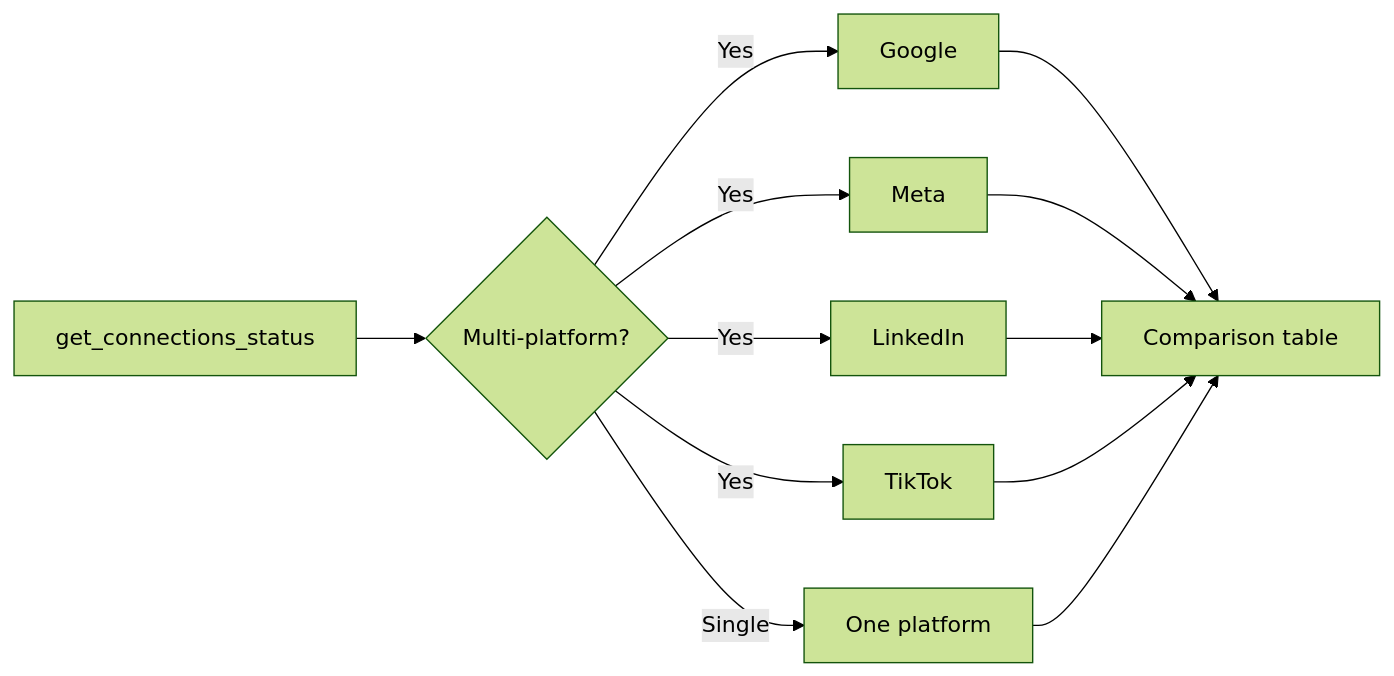
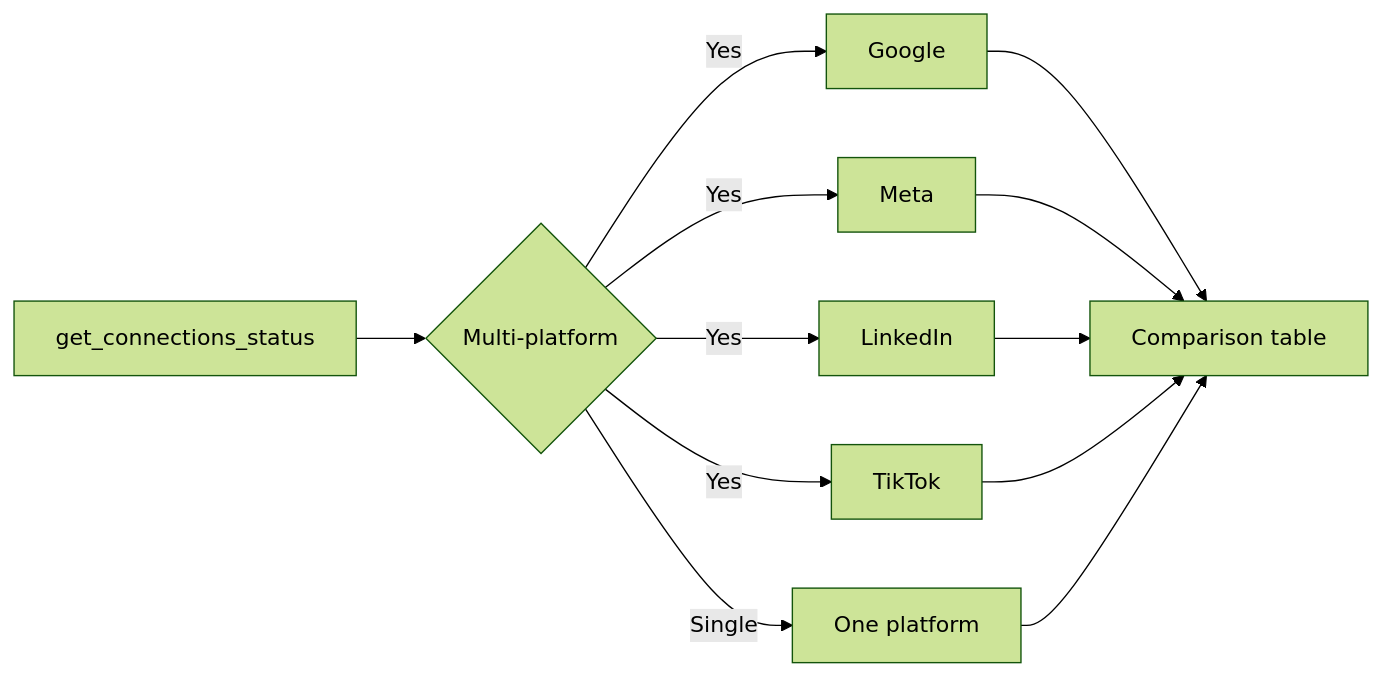
The first of 8 diagrams in agent-skills/workflows.mdx (Adspirer/docs), drawn with Mermaid (forest theme) before and after one commit. The commit also changed other lines of this file and 1 other file, not shown here.

First line of the commit message:
Fix Mermaid rendering: remove quotes, numbered prefixes, and special chars from node labels

````diff
--- a/agent-skills/workflows.mdx
+++ b/agent-skills/workflows.mdx
@@ -24,14 +24,14 @@
 ```mermaid
 flowchart LR
-    A["get_connections_status"] --> B{"Multi-platform?"}
-    B -->|Yes| C["Google"]
-    B -->|Yes| D["Meta"]
-    B -->|Yes| E["LinkedIn"]
-    B -->|Yes| F["TikTok"]
-    B -->|Single| G["One platform"]
-    C --> H["Comparison table"]
+    A[get_connections_status] --> B{Multi-platform}
+    B -->|Yes| C[Google]
+    B -->|Yes| D[Meta]
+    B -->|Yes| E[LinkedIn]
+    B -->|Yes| F[TikTok]
+    B -->|Single| G[One platform]
+    C --> H[Comparison table]
     D --> H
     E --> H
     F --> H
     G --> H
 ```
````
